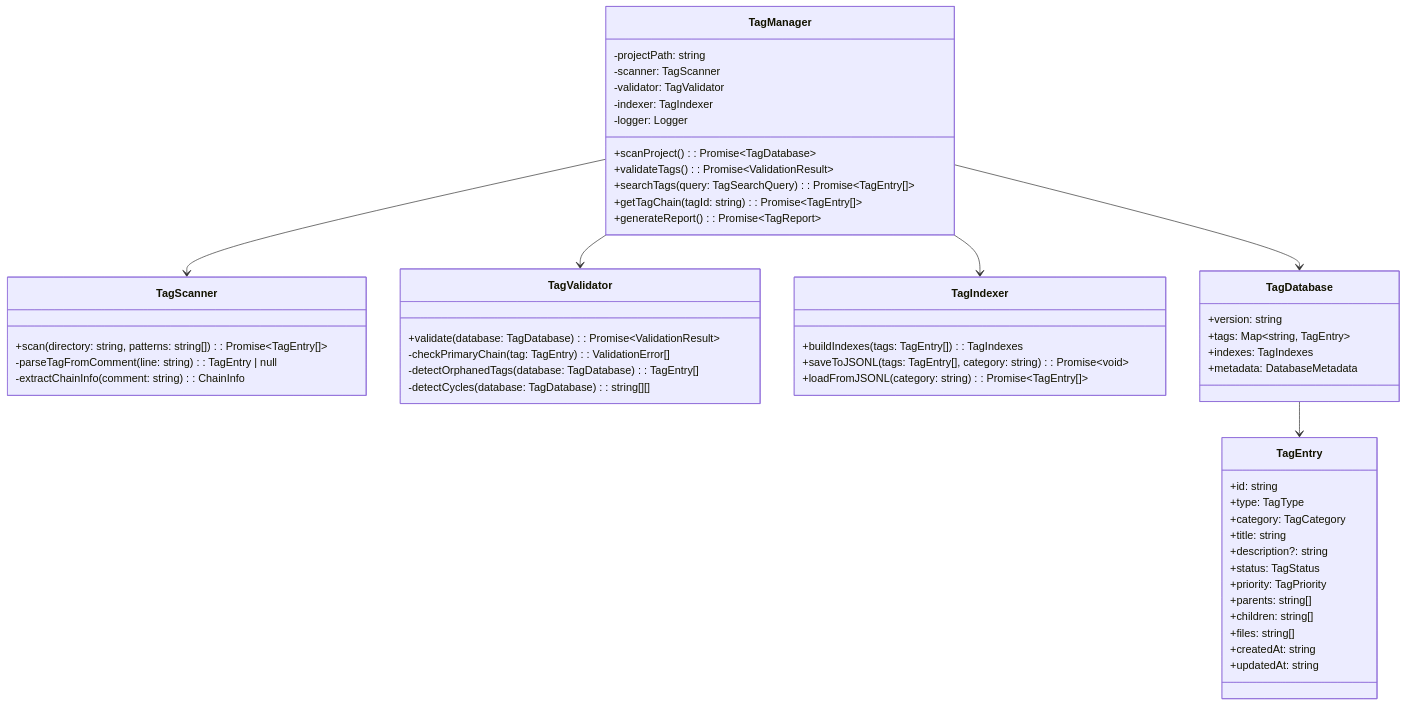
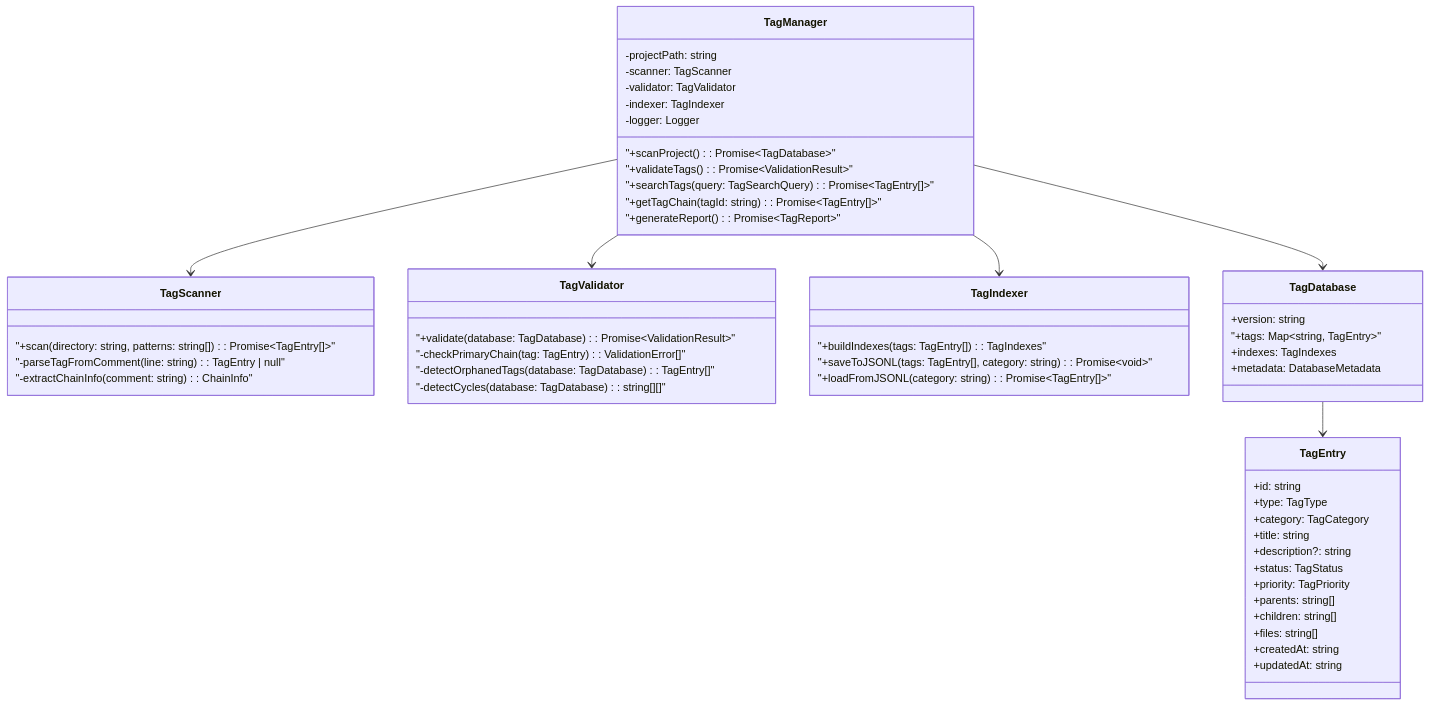
One commit to modu-ai/moai-adk changed the eighth of 9 diagrams in docs/reference/core-modules.md. Above: the diagram before and after it, drawn with Mermaid. The commit also changed other lines of this file and 19 other files, not shown here.

First line of the commit message:
🎨 fix: docs 전체 Mermaid 다이어그램 특수문자 오류 수정 (19개 파일)

````diff
--- a/docs/reference/core-modules.md
+++ b/docs/reference/core-modules.md
@@ -1445,62 +1445,62 @@
 ```mermaid
 classDiagram
     class TagManager {
         -projectPath: string
         -scanner: TagScanner
         -validator: TagValidator
         -indexer: TagIndexer
         -logger: Logger
-        +scanProject(): Promise~TagDatabase~
-        +validateTags(): Promise~ValidationResult~
-        +searchTags(query: TagSearchQuery): Promise~TagEntry[]~
-        +getTagChain(tagId: string): Promise~TagEntry[]~
-        +generateReport(): Promise~TagReport~
+        "+scanProject(): Promise~TagDatabase~"
+        "+validateTags(): Promise~ValidationResult~"
+        "+searchTags(query: TagSearchQuery): Promise~TagEntry[]~"
+        "+getTagChain(tagId: string): Promise~TagEntry[]~"
+        "+generateReport(): Promise~TagReport~"
     }
 
     class TagScanner {
-        +scan(directory: string, patterns: string[]): Promise~TagEntry[]~
-        -parseTagFromComment(line: string): TagEntry | null
-        -extractChainInfo(comment: string): ChainInfo
+        "+scan(directory: string, patterns: string[]): Promise~TagEntry[]~"
+        "-parseTagFromComment(line: string): TagEntry | null"
+        "-extractChainInfo(comment: string): ChainInfo"
     }
 
     class TagValidator {
-        +validate(database: TagDatabase): Promise~ValidationResult~
-        -checkPrimaryChain(tag: TagEntry): ValidationError[]
-        -detectOrphanedTags(database: TagDatabase): TagEntry[]
-        -detectCycles(database: TagDatabase): string[][]
+        "+validate(database: TagDatabase): Promise~ValidationResult~"
+        "-checkPrimaryChain(tag: TagEntry): ValidationError[]"
+        "-detectOrphanedTags(database: TagDatabase): TagEntry[]"
+        "-detectCycles(database: TagDatabase): string[][]"
     }
 
     class TagIndexer {
-        +buildIndexes(tags: TagEntry[]): TagIndexes
-        +saveToJSONL(tags: TagEntry[], category: string): Promise~void~
-        +loadFromJSONL(category: string): Promise~TagEntry[]~
+        "+buildIndexes(tags: TagEntry[]): TagIndexes"
+        "+saveToJSONL(tags: TagEntry[], category: string): Promise~void~"
+        "+loadFromJSONL(category: string): Promise~TagEntry[]~"
     }
 
     class TagDatabase {
         +version: string
-        +tags: Map~string, TagEntry~
+        "+tags: Map~string, TagEntry~"
         +indexes: TagIndexes
         +metadata: DatabaseMetadata
     }
 
     class TagEntry {
         +id: string
         +type: TagType
         +category: TagCategory
         +title: string
         +description?: string
         +status: TagStatus
         +priority: TagPriority
         +parents: string[]
         +children: string[]
         +files: string[]
         +createdAt: string
         +updatedAt: string
     }
 
     TagManager --> TagScanner
     TagManager --> TagValidator
     TagManager --> TagIndexer
     TagManager --> TagDatabase
     TagDatabase --> TagEntry
 ```
````
